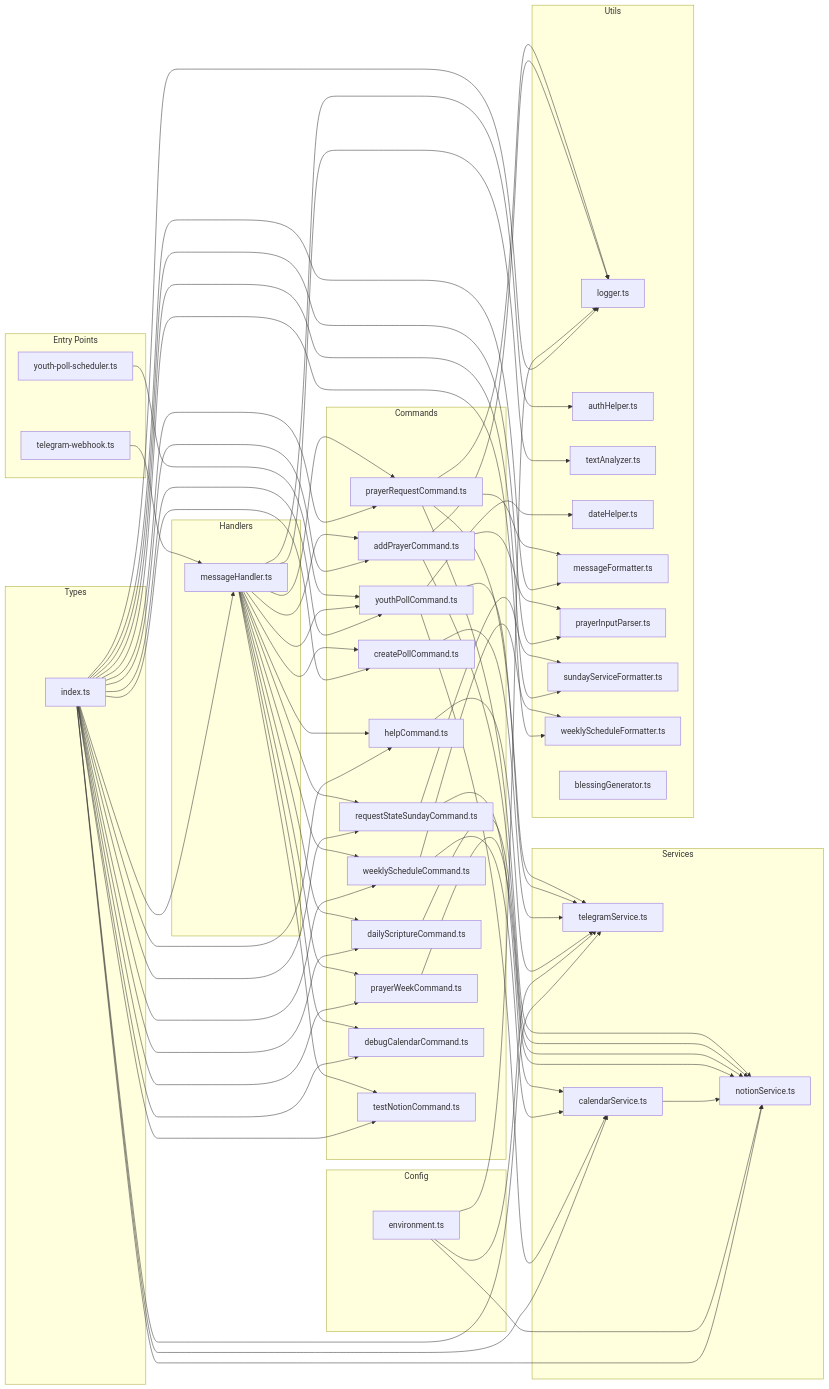
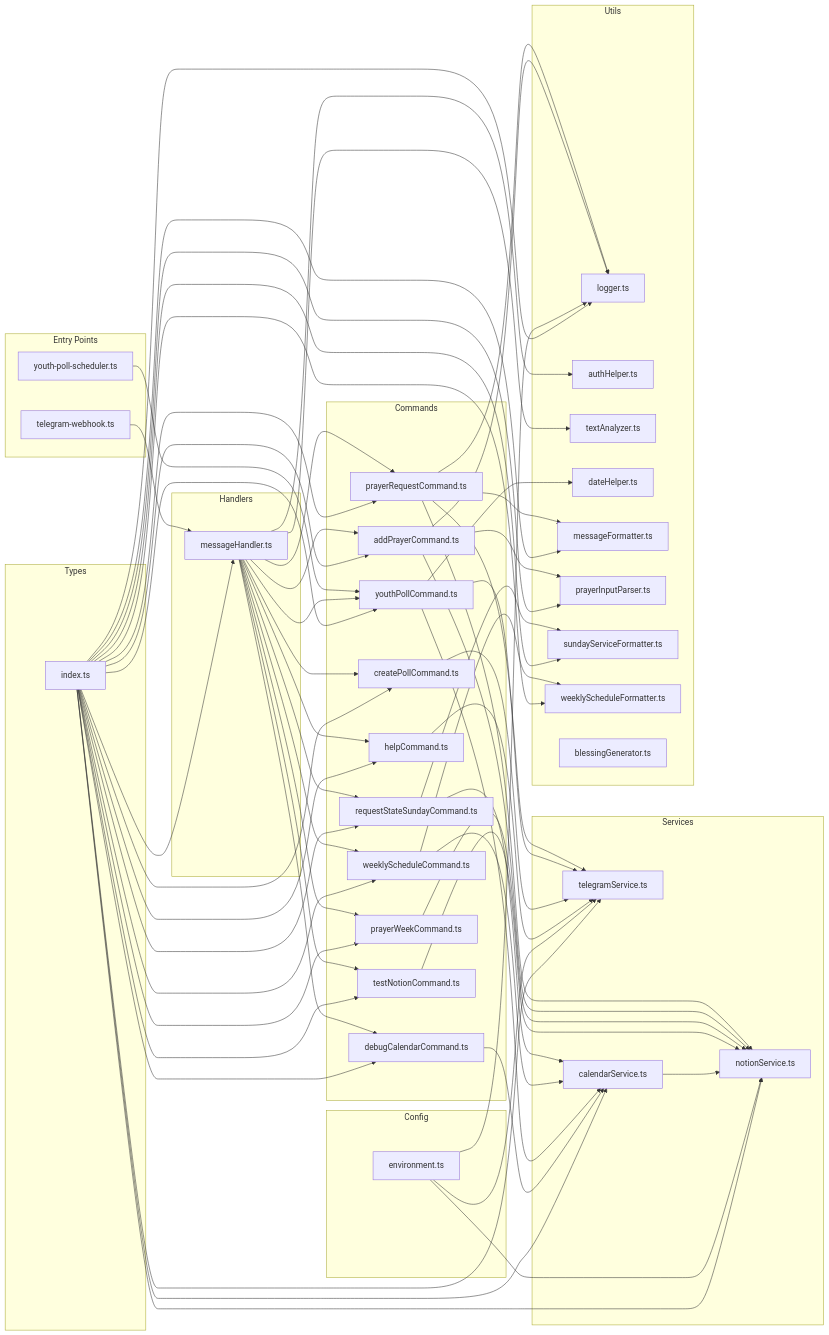
The third of 3 diagrams in MEMORY-BANK.md (DenisArger/church-management-js), drawn with Mermaid before and after one commit. The commit also changed other lines of this file and 104 other files, not shown here.

```diff
--- a/MEMORY-BANK.md
+++ b/MEMORY-BANK.md
@@ -1862,14 +1875,13 @@
         C1[helpCommand.ts]
         C2[prayerRequestCommand.ts]
         C3[addPrayerCommand.ts]
-        C4[dailyScriptureCommand.ts]
-        C5[requestStateSundayCommand.ts]
-        C6[weeklyScheduleCommand.ts]
-        C7[prayerWeekCommand.ts]
-        C8[youthPollCommand.ts]
-        C9[createPollCommand.ts]
-        C10[debugCalendarCommand.ts]
-        C11[testNotionCommand.ts]
+        C4[requestStateSundayCommand.ts]
+        C5[weeklyScheduleCommand.ts]
+        C6[prayerWeekCommand.ts]
+        C7[youthPollCommand.ts]
+        C8[createPollCommand.ts]
+        C9[debugCalendarCommand.ts]
+        C10[testNotionCommand.ts]
     end
     
     subgraph Services["Services"]
@@ -1899,7 +1911,7 @@
     end
     
     WH --> MH
-    SCH --> C8
+    SCH --> C7
     MH --> C1
     MH --> C2
     MH --> C3
@@ -1910,26 +1922,26 @@
     MH --> C8
     MH --> C9
     MH --> C10
-    MH --> C11
     
     C2 --> TS
     C2 --> NS
     C3 --> NS
-    C4 --> NS
+    C4 --> CS
     C5 --> CS
-    C6 --> CS
-    C7 --> NS
-    C8 --> CS
+    C6 --> NS
+    C7 --> CS
+    C7 --> TS
     C8 --> TS
-    C9 --> TS
+    C9 --> CS
+    C10 --> NS
     
     CS --> NS
     C1 --> TS
     C2 --> U5
     C3 --> U6
-    C5 --> U7
-    C6 --> U8
-    C8 --> U4
+    C4 --> U7
+    C5 --> U8
+    C7 --> U4
     
     MH --> U2
     MH --> U3
@@ -1951,7 +1963,6 @@
     TYPES --> C8
     TYPES --> C9
     TYPES --> C10
-    TYPES --> C11
     TYPES --> TS
     TYPES --> NS
     TYPES --> CS
```
